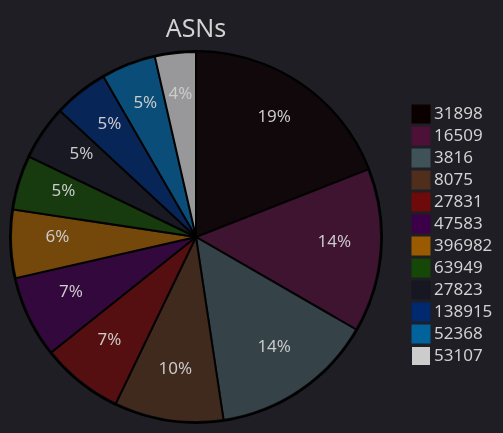
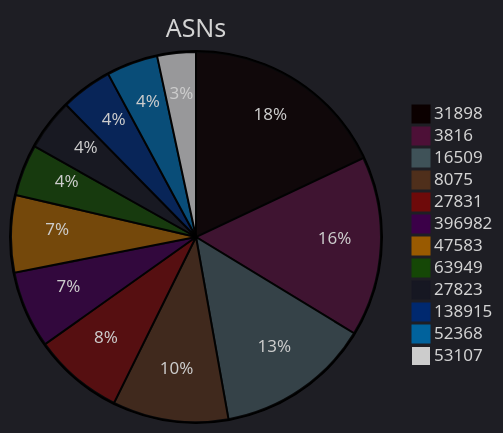
Before and after one commit to ZoqueLabs/website: the third of 8 diagrams in zolim.md, drawn with Mermaid. The commit also changed other lines of this file, not shown here.

````diff
--- a/zolim.md
+++ b/zolim.md
@@ -73,19 +73,19 @@
 ```mermaid
 ---
 config:
   theme: dark
 ---
 pie title ASNs
   "31898" : 16
+  "3816" : 14
   "16509" : 12
-  "3816" : 12
-  "8075" : 8
-  "27831" : 6
+  "8075" : 9
+  "27831" : 7
+  "396982" : 6
   "47583" : 6
-  "396982" : 5
   "63949" : 4
   "27823" : 4
   "138915" : 4
   "52368" : 4
   "53107" : 3
 ```
````
